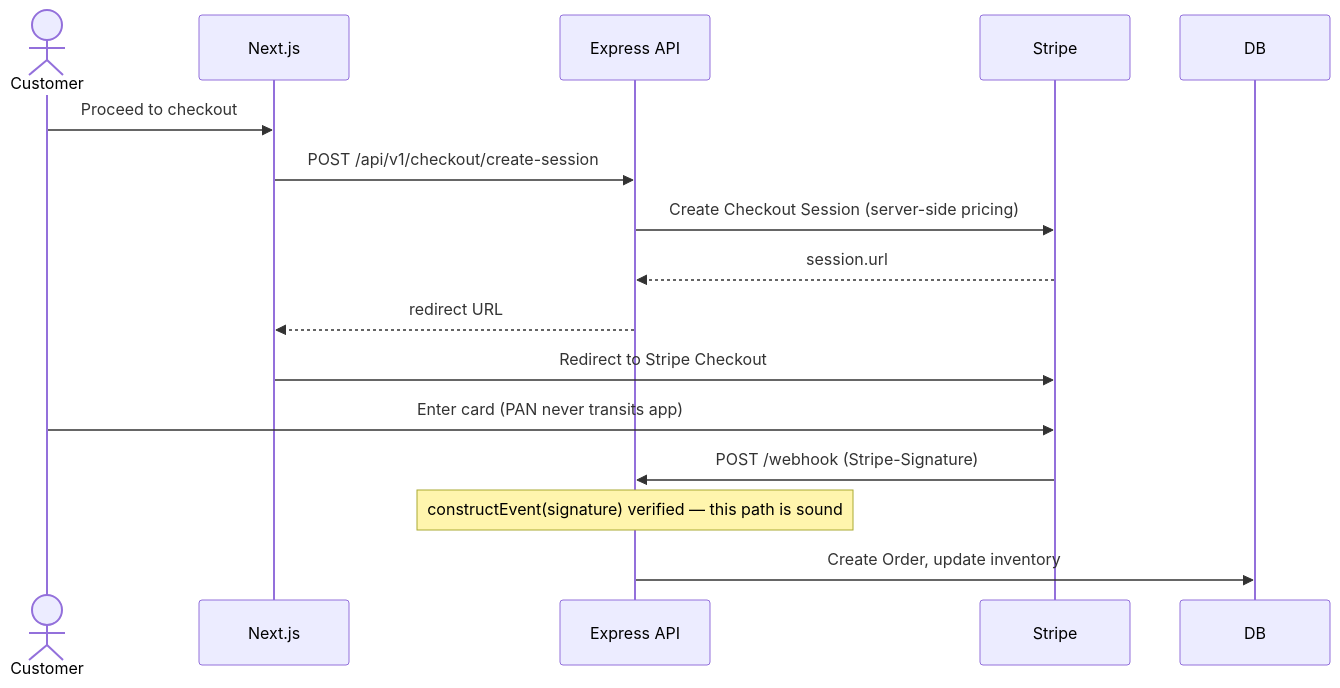
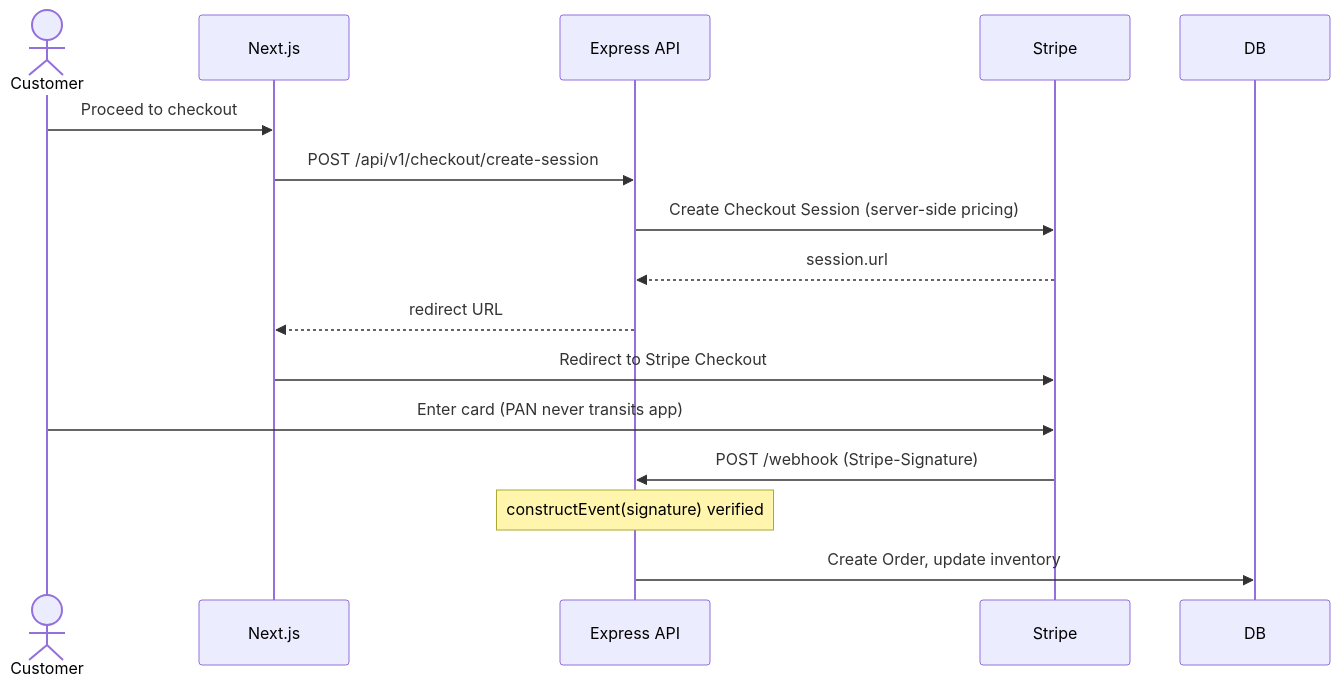
One commit to daemonprompt/Full-Stack-E-Commerce-Platform changed the fifth of 6 diagrams in docs/ARCHITECTURE.md. Above: the diagram before and after it, drawn with Mermaid. The commit also changed other lines of this file and 2 other files, not shown here.

Commit message:
docs: clean up architecture docs and infrastructure configs

````diff
--- a/docs/ARCHITECTURE.md
+++ b/docs/ARCHITECTURE.md
@@ -148,19 +142,19 @@
 ```mermaid
 sequenceDiagram
   actor Customer
   participant Next as Next.js
   participant API as Express API
   participant Stripe
   participant DB
 
   Customer->>Next: Proceed to checkout
   Next->>API: POST /api/v1/checkout/create-session
   API->>Stripe: Create Checkout Session (server-side pricing)
   Stripe-->>API: session.url
   API-->>Next: redirect URL
   Next->>Stripe: Redirect to Stripe Checkout
   Customer->>Stripe: Enter card (PAN never transits app)
   Stripe->>API: POST /webhook (Stripe-Signature)
-  Note over API: constructEvent(signature) verified — this path is sound
+  Note over API: constructEvent(signature) verified
   API->>DB: Create Order, update inventory
 ```
````
